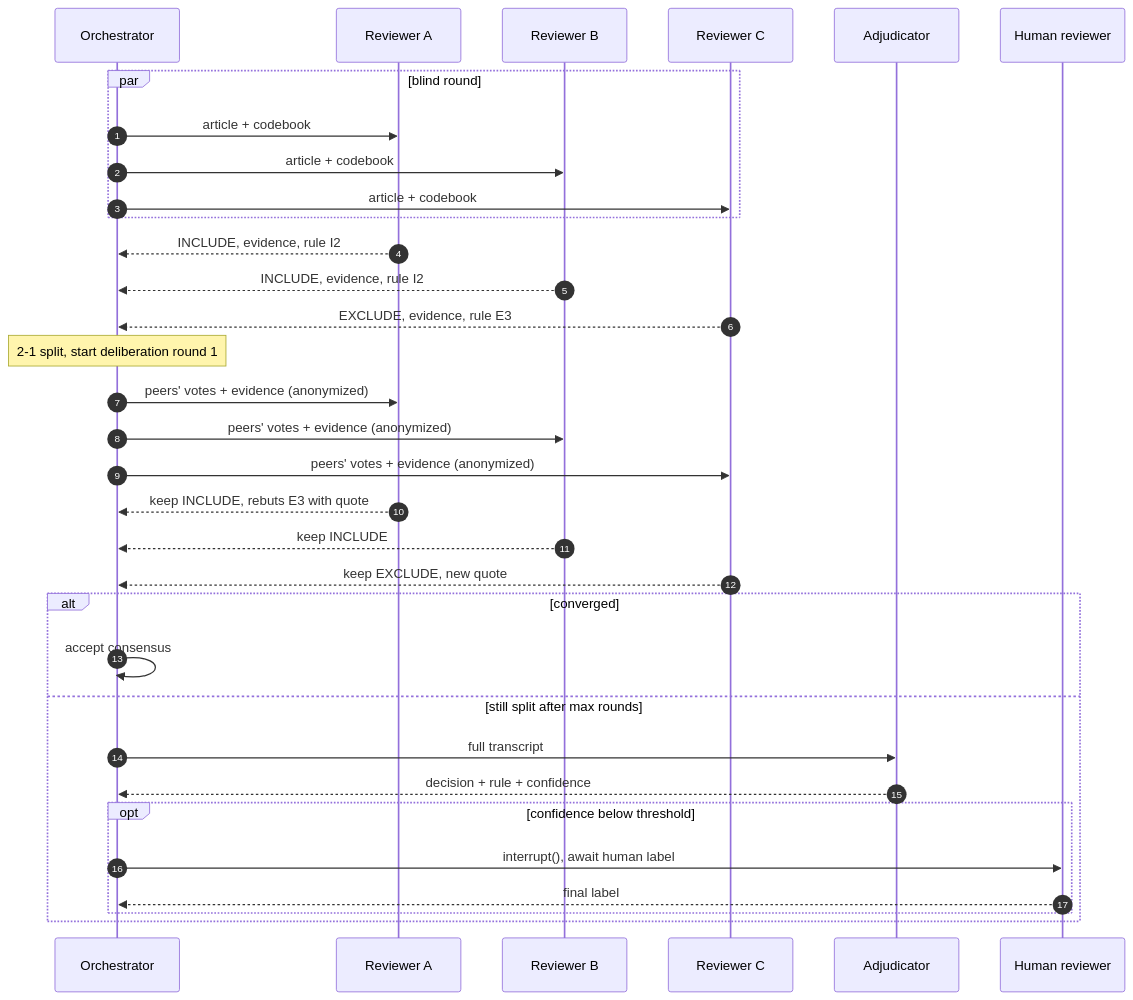
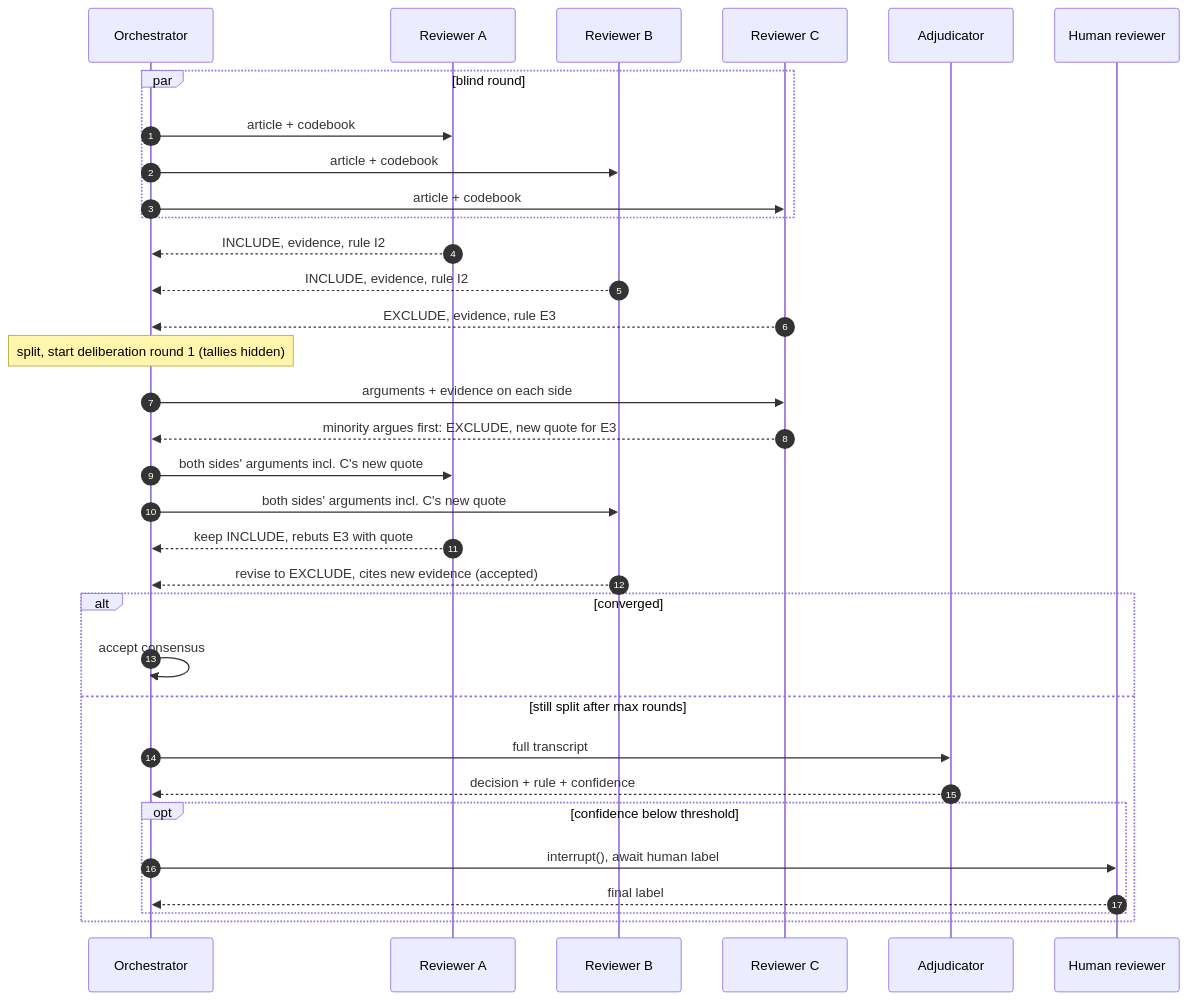
Before and after one commit to iUtsa/adrd-multiagent-review: the third of 4 diagrams in docs/ARCHITECTURE.md, drawn with Mermaid. The commit also changed other lines of this file and 3 other files, not shown here.

First line of the commit message:
Revise architecture after literature review (v0.2)

````diff
--- a/docs/ARCHITECTURE.md
+++ b/docs/ARCHITECTURE.md
@@ -114,36 +133,36 @@
 ```mermaid
 sequenceDiagram
     autonumber
     participant O as Orchestrator
     participant A as Reviewer A
     participant B as Reviewer B
     participant C as Reviewer C
     participant J as Adjudicator
     participant H as Human reviewer
 
     par blind round
         O->>A: article + codebook
         O->>B: article + codebook
         O->>C: article + codebook
     end
     A-->>O: INCLUDE, evidence, rule I2
     B-->>O: INCLUDE, evidence, rule I2
     C-->>O: EXCLUDE, evidence, rule E3
-    Note over O: 2-1 split, start deliberation round 1
-    O->>A: peers' votes + evidence (anonymized)
-    O->>B: peers' votes + evidence (anonymized)
-    O->>C: peers' votes + evidence (anonymized)
+    Note over O: split, start deliberation round 1 (tallies hidden)
+    O->>C: arguments + evidence on each side
+    C-->>O: minority argues first: EXCLUDE, new quote for E3
+    O->>A: both sides' arguments incl. C's new quote
+    O->>B: both sides' arguments incl. C's new quote
     A-->>O: keep INCLUDE, rebuts E3 with quote
-    B-->>O: keep INCLUDE
-    C-->>O: keep EXCLUDE, new quote
+    B-->>O: revise to EXCLUDE, cites new evidence (accepted)
     alt converged
         O->>O: accept consensus
     else still split after max rounds
         O->>J: full transcript
         J-->>O: decision + rule + confidence
         opt confidence below threshold
             O->>H: interrupt(), await human label
             H-->>O: final label
         end
     end
 ```
````
